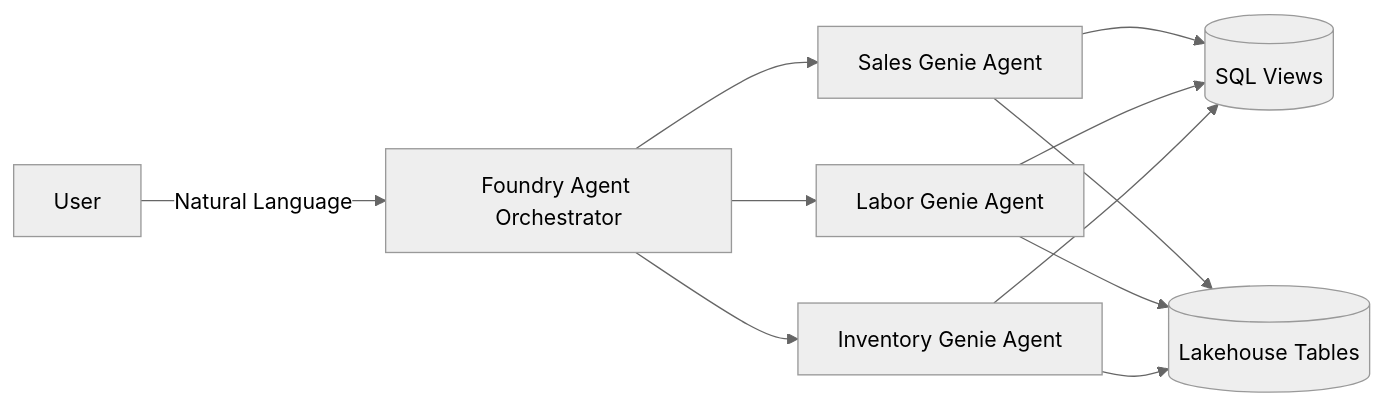
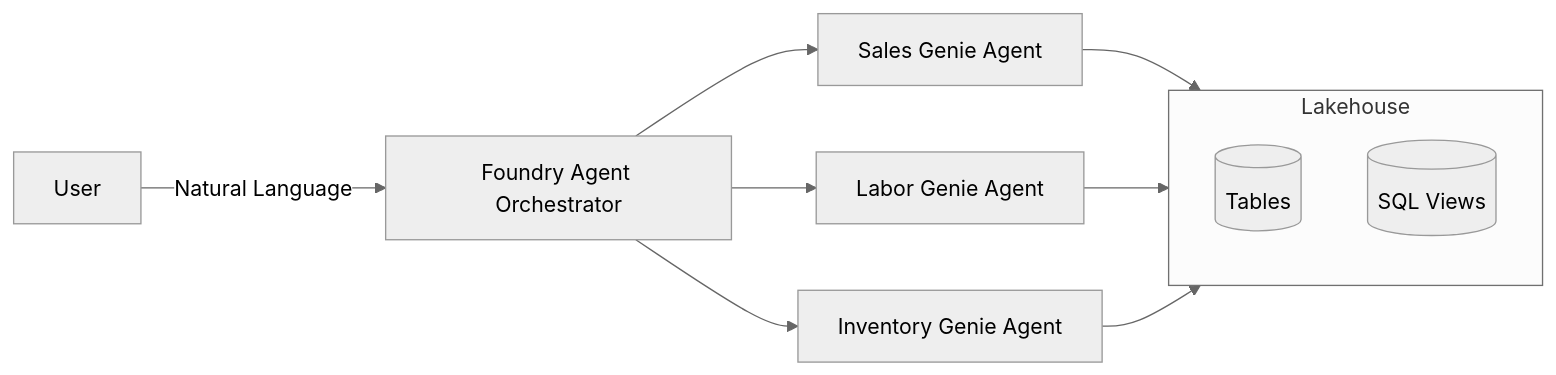
The third of 3 diagrams in README.md (pooja109/retail-store-intelligence), drawn with Mermaid (neutral theme) before and after one commit. The commit also changed other lines of this file, not shown here.

````diff
--- a/README.md
+++ b/README.md
@@ -63,13 +65,14 @@
 ```mermaid
 graph LR
     User -->|Natural Language| FA[Foundry Agent Orchestrator]
     FA --> SG[Sales Genie Agent]
     FA --> LG[Labor Genie Agent]
     FA --> IG[Inventory Genie Agent]
-    SG --> SQL[(SQL Views)]
-    SG --> LH[(Lakehouse Tables)]
-    LG --> SQL
+    SG --> LH
     LG --> LH
-    IG --> SQL
     IG --> LH
+    subgraph LH[Lakehouse]
+        Tables[(Tables)]
+        Views[(SQL Views)]
+    end
 ```
````
